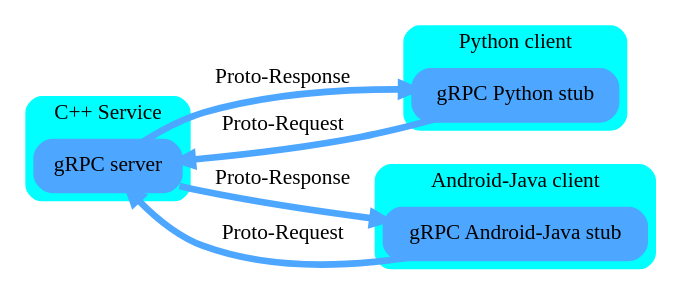
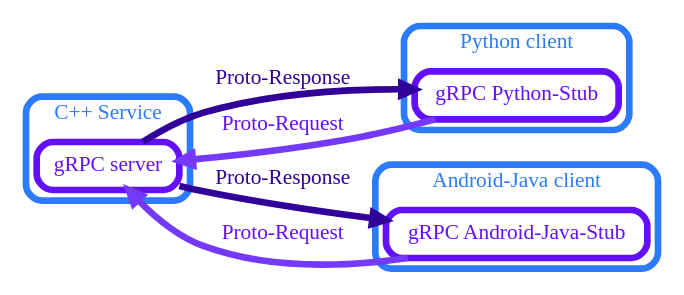
One commit to veit/jupyter-tutorial changed the diagram in docs/data/grpc/index.rst. Above: the diagram before and after it, drawn with Graphviz.

Commit message:
Update digraph grpc concept

```diff
--- a/docs/data/grpc/index.rst
+++ b/docs/data/grpc/index.rst
@@ -16,57 +16,63 @@
 .. graphviz::
 
     digraph grpc_concept {
         rankdir="LR";
-        graph [fontname = "Calibri", fontsize="16", overlap=false];
+        graph [fontname = "Calibri", fontsize="16", penwidth="5px", overlap=false];
         node [fontname = "Calibri", fontsize="16", style="bold", penwidth="5px"];
         edge [fontname = "Calibri", fontsize="16", style="bold", penwidth="5px"];
         tooltip="gRPC concept";
 
         // C++ service
         subgraph "cluster_cpp_service" {
             label="C++ Service";
+            fontcolor="#2D7BFD";
             shape=box;
-            style= "rounded, filled";
-            color="#00FFFF";
+            style= "rounded";
+            color="#2D7BFD";
             "grpc_server" [
                 label="gRPC server",
+                fontcolor="#640FFB"
                 shape=box,
-                style= "rounded, filled",
-                color="#4da6ff"
+                style= "rounded",
+                color="#640FFB"
                 ];
             }
 
-        // Python stub
+        // Python-Stub
         subgraph cluster_python_client {
             label="Python client";
+            fontcolor="#2D7BFD";
             shape=box;
-            style= "rounded, filled";
-            color="#00FFFF";
+            style= "rounded";
+            color="#2D7BFD";
             grpc_python_stub [
-                label="gRPC Python stub",
+                label="gRPC Python-Stub",
+                fontcolor="#640FFB"
                 shape=box,
-                style= "rounded, filled",
-                color="#4da6ff"
+                style= "rounded",
+                color="#640FFB"
                 ];
             }
 
-        // Android-Java stub
+        // Android-Java-Stub
         subgraph cluster_android_java_client {
             label="Android-Java client";
+            fontcolor="#2D7BFD";
             shape=box;
-            style= "rounded, filled";
-            color="#00FFFF";
+            style= "rounded";
+            color="#2D7BFD";
             grpc_android_java_stub [
-                label="gRPC Android-Java stub",
+                label="gRPC Android-Java-Stub",
+                fontcolor="#640FFB"
                 shape=box,
-                style= "rounded, filled",
-                color="#4da6ff"
+                style= "rounded",
+                color="#640FFB"
                 ];
             }
 
-        grpc_python_stub -> grpc_server [label="Proto-Request", color="#4da6ff"]
-        grpc_server -> grpc_python_stub [label="Proto-Response", color="#4da6ff"]
-        grpc_server -> grpc_android_java_stub [label="Proto-Response", color="#4da6ff"]
-        grpc_android_java_stub -> grpc_server [label="Proto-Request", color="#4da6ff"]
+        grpc_python_stub -> grpc_server [label="Proto-Request", fontcolor="#640FFB", color="#7539FC"]
+        grpc_android_java_stub -> grpc_server [label="Proto-Request", fontcolor="#640FFB", color="#7539FC"]
+        grpc_server -> grpc_python_stub [label="Proto-Response", fontcolor="#300099", color="#300099"]
+        grpc_server -> grpc_android_java_stub [label="Proto-Response", fontcolor="#300099", color="#300099"]
 
     }
```
